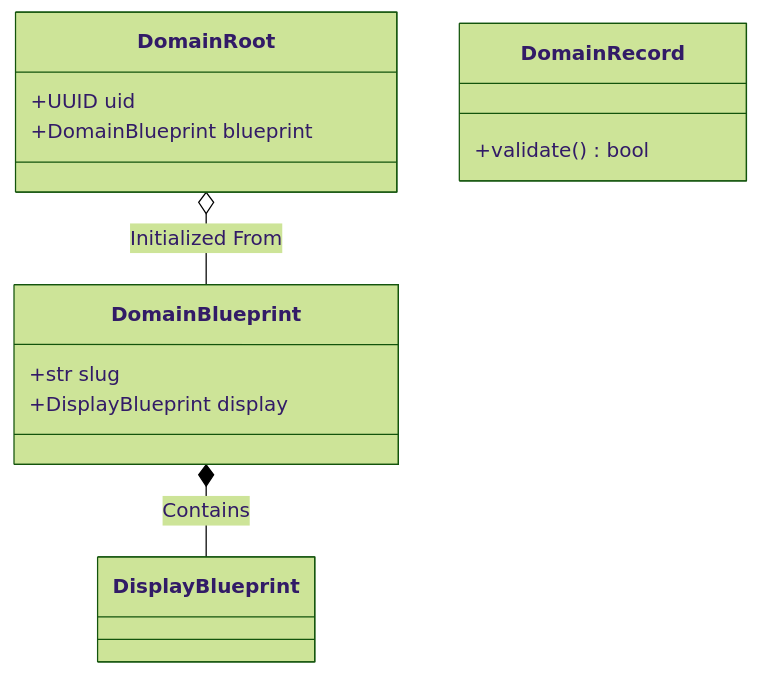
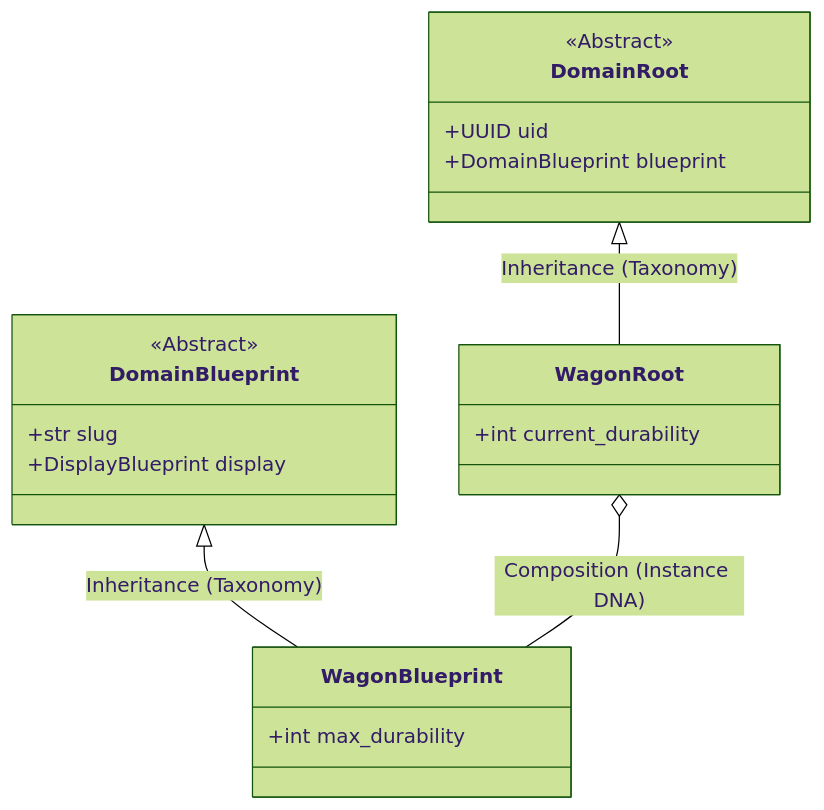
The second of 2 diagrams in docs/explanation/design/domain_blueprint_contract.md (mnaatjes/oregon-trail-clone), drawn with Mermaid (forest theme) before and after one commit. The commit also changed other lines of this file and 4 other files, not shown here.

````diff
--- a/docs/explanation/design/domain_blueprint_contract.md
+++ b/docs/explanation/design/domain_blueprint_contract.md
@@ -86,16 +97,23 @@
 ```mermaid
 classDiagram
     class DomainBlueprint {
+        <<Abstract>>
         +str slug
         +DisplayBlueprint display
     }
+    class WagonBlueprint {
+        +int max_durability
+    }
     class DomainRoot {
+        <<Abstract>>
         +UUID uid
         +DomainBlueprint blueprint
     }
-    class DomainRecord {
-        +validate() bool
+    class WagonRoot {
+        +int current_durability
     }
-    DomainRoot o-- DomainBlueprint : Initialized From
-    DomainBlueprint *-- DisplayBlueprint : Contains
+
+    DomainBlueprint <|-- WagonBlueprint : Inheritance (Taxonomy)
+    DomainRoot <|-- WagonRoot : Inheritance (Taxonomy)
+    WagonRoot o-- WagonBlueprint : Composition (Instance DNA)
 ```
````
